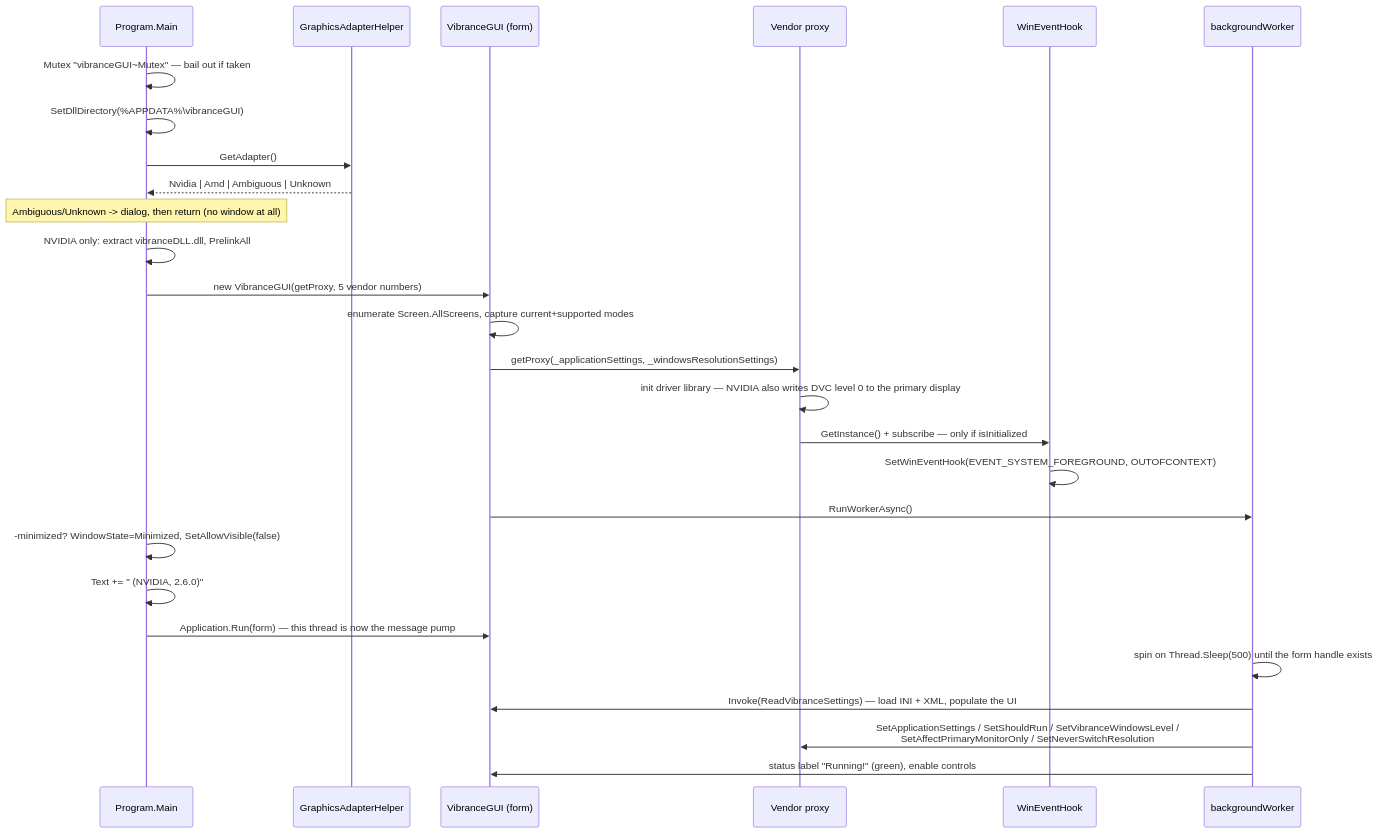
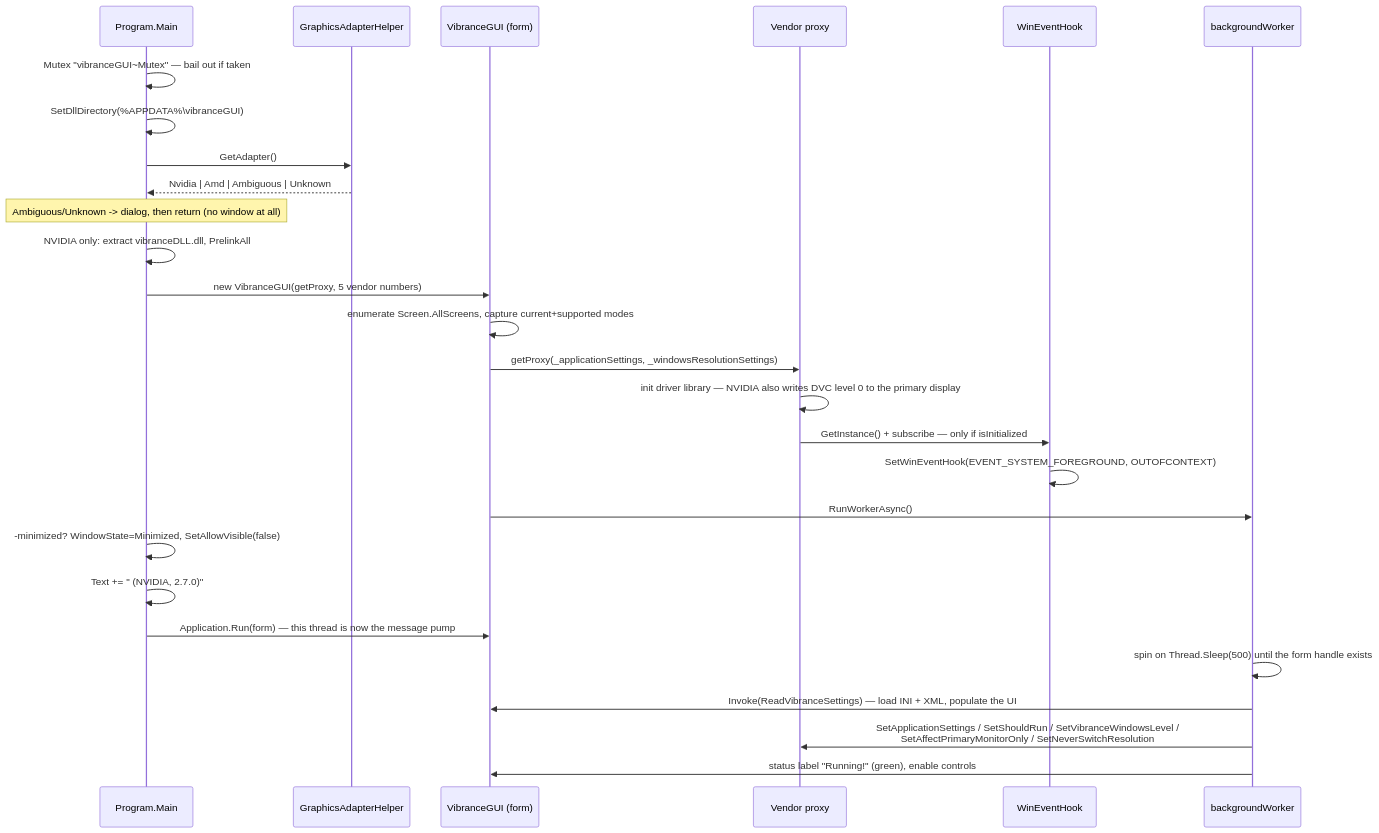
Before and after one commit to SwatX18/vibranceGUI: the second of 4 diagrams in docs/CODEBASE_GUIDE.md, drawn with Mermaid. The commit also changed other lines of this file, not shown here.

````diff
--- a/docs/CODEBASE_GUIDE.md
+++ b/docs/CODEBASE_GUIDE.md
@@ -542,30 +631,30 @@
 ```mermaid
 sequenceDiagram
     participant M as Program.Main
     participant GA as GraphicsAdapterHelper
     participant F as VibranceGUI (form)
     participant PX as Vendor proxy
     participant H as WinEventHook
     participant W as backgroundWorker
 
     M->>M: Mutex "vibranceGUI~Mutex" — bail out if taken
     M->>M: SetDllDirectory(%APPDATA%\vibranceGUI)
     M->>GA: GetAdapter()
     GA-->>M: Nvidia | Amd | Ambiguous | Unknown
     Note over M: Ambiguous/Unknown -> dialog, then return (no window at all)
     M->>M: NVIDIA only: extract vibranceDLL.dll, PrelinkAll
     M->>F: new VibranceGUI(getProxy, 5 vendor numbers)
     F->>F: enumerate Screen.AllScreens, capture current+supported modes
     F->>PX: getProxy(_applicationSettings, _windowsResolutionSettings)
     PX->>PX: init driver library — NVIDIA also writes DVC level 0 to the primary display
     PX->>H: GetInstance() + subscribe — only if isInitialized
     H->>H: SetWinEventHook(EVENT_SYSTEM_FOREGROUND, OUTOFCONTEXT)
     F->>W: RunWorkerAsync()
     M->>M: -minimized? WindowState=Minimized, SetAllowVisible(false)
-    M->>M: Text += " (NVIDIA, 2.6.0)"
+    M->>M: Text += " (NVIDIA, 2.7.0)"
     M->>F: Application.Run(form)  — this thread is now the message pump
     W->>W: spin on Thread.Sleep(500) until the form handle exists
     W->>F: Invoke(ReadVibranceSettings) — load INI + XML, populate the UI
     W->>PX: SetApplicationSettings / SetShouldRun / SetVibranceWindowsLevel /<br/>SetAffectPrimaryMonitorOnly / SetNeverSwitchResolution
     W->>F: status label "Running!" (green), enable controls
 ```
````
